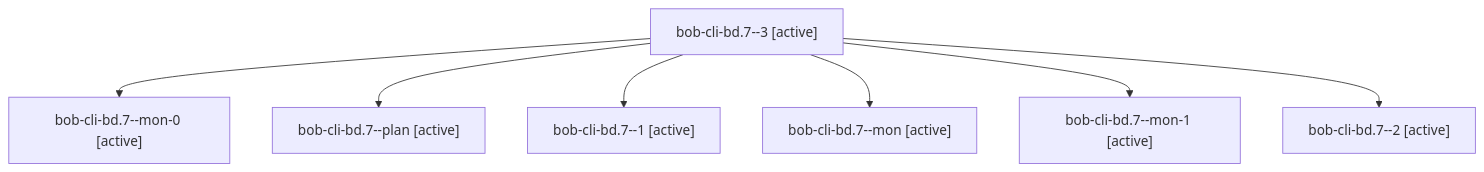
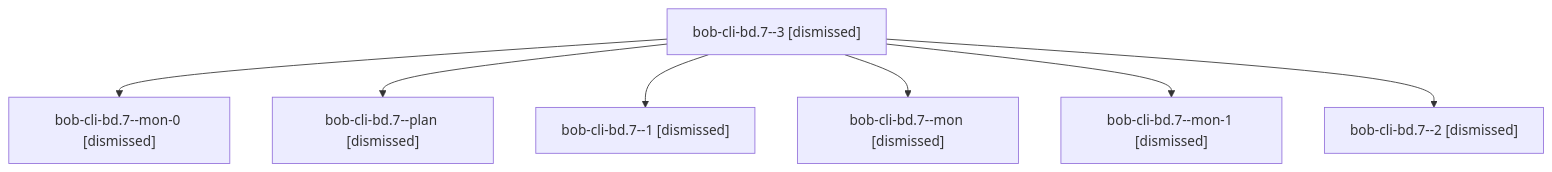
Before and after one commit to bobs-org/bob-cli--agents: the diagram in sessions/bbugyi200.apollo.bob-cli-bd.7.md, drawn with Mermaid. The commit also changed other lines of this file and 214 other files, not shown here.

````diff
--- a/sessions/bbugyi200.apollo.bob-cli-bd.7.md
+++ b/sessions/bbugyi200.apollo.bob-cli-bd.7.md
@@ -9,16 +9,16 @@
 ```mermaid
 flowchart TD
-  n0["bob-cli-bd.7--3 [active]"]
-  n1["bob-cli-bd.7--mon-0 [active]"]
+  n0["bob-cli-bd.7--3 [dismissed]"]
+  n1["bob-cli-bd.7--mon-0 [dismissed]"]
   n0 --> n1
-  n2["bob-cli-bd.7--plan [active]"]
+  n2["bob-cli-bd.7--plan [dismissed]"]
   n0 --> n2
-  n3["bob-cli-bd.7--1 [active]"]
+  n3["bob-cli-bd.7--1 [dismissed]"]
   n0 --> n3
-  n4["bob-cli-bd.7--mon [active]"]
+  n4["bob-cli-bd.7--mon [dismissed]"]
   n0 --> n4
-  n5["bob-cli-bd.7--mon-1 [active]"]
+  n5["bob-cli-bd.7--mon-1 [dismissed]"]
   n0 --> n5
-  n6["bob-cli-bd.7--2 [active]"]
+  n6["bob-cli-bd.7--2 [dismissed]"]
   n0 --> n6
 ```
````
